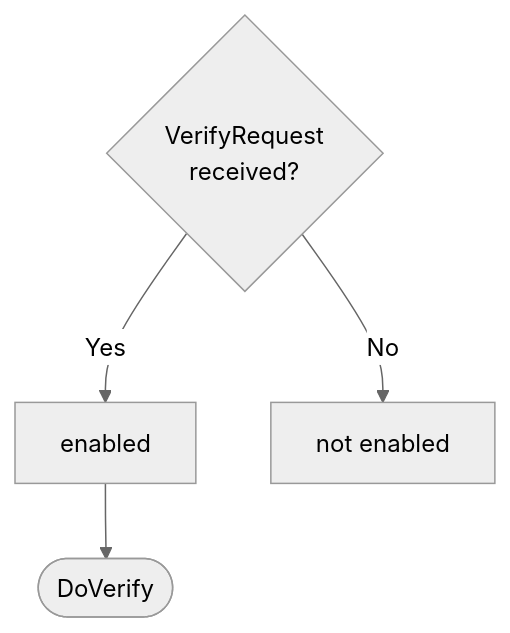
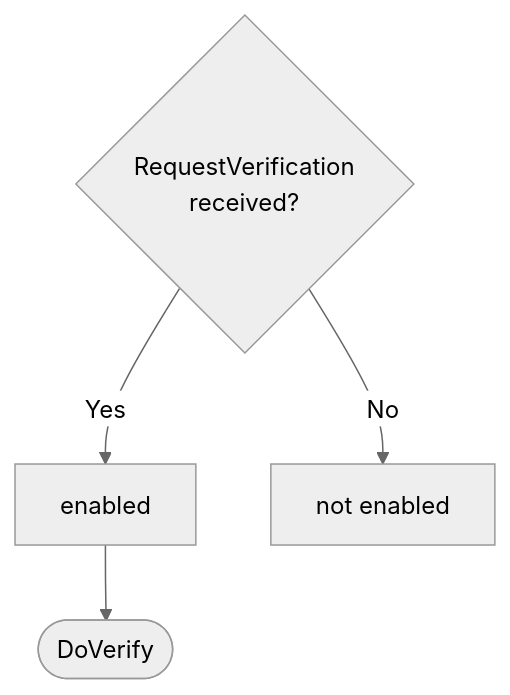
The diagram in docs/arch/node/engines/verification_behaviour.juvix.md (anoma/nspec), drawn with Mermaid (neutral theme) before and after one commit. The commit also changed other lines of this file and 7 other files, not shown here.

````diff
--- a/docs/arch/node/engines/verification_behaviour.juvix.md
+++ b/docs/arch/node/engines/verification_behaviour.juvix.md
@@ -158,7 +178,7 @@
 ```mermaid
 flowchart TD
-    C{VerifyRequest<br>received?}
+    C{RequestVerification<br>received?}
     C -->|Yes| D[enabled]
     C -->|No| E[not enabled]
     D --> F([DoVerify])
 ```
````
